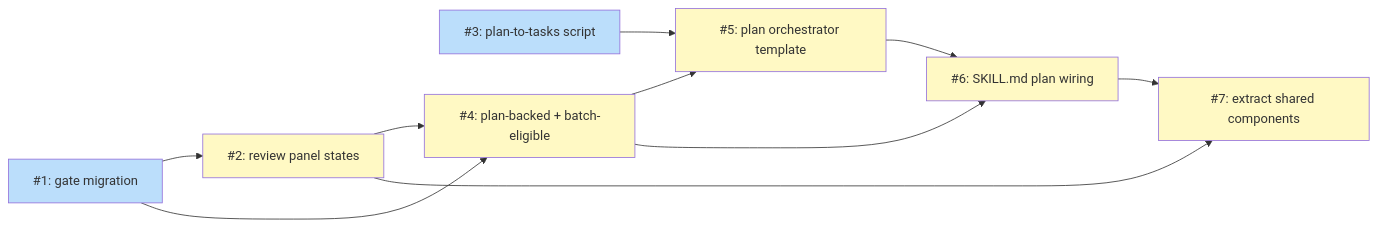
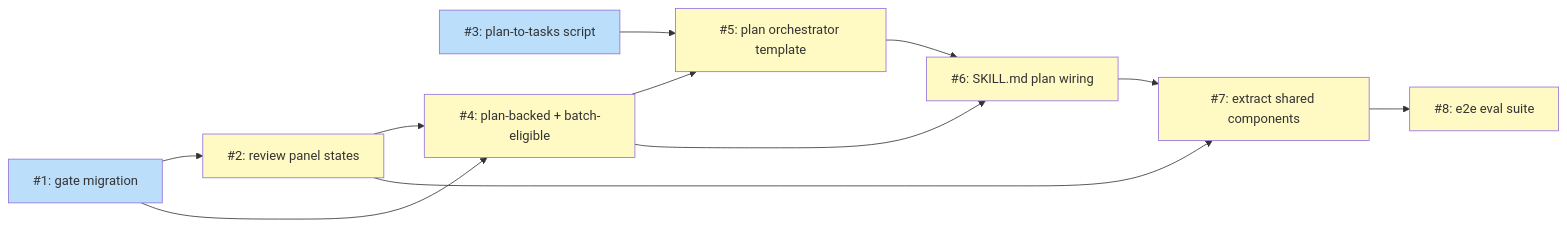
The diagram in docs/plans/PLAN-work-on-koto-unification.md (tsukumogami/shirabe), drawn with Mermaid before and after one commit. The commit also changed other lines of this file, not shown here.

First line of the commit message:
plan(work-on-koto-unification): add eval coverage and e2e test issue

````diff
--- a/docs/plans/PLAN-work-on-koto-unification.md
+++ b/docs/plans/PLAN-work-on-koto-unification.md
@@ -283,25 +382,27 @@
 ```mermaid
 graph LR
     I1["#1: gate migration"]
     I2["#2: review panel states"]
     I3["#3: plan-to-tasks script"]
     I4["#4: plan-backed + batch-eligible"]
     I5["#5: plan orchestrator template"]
     I6["#6: SKILL.md plan wiring"]
     I7["#7: extract shared components"]
+    I8["#8: e2e eval suite"]
 
     I1 --> I2
     I1 --> I4
     I2 --> I4
     I2 --> I7
     I3 --> I5
     I4 --> I5
     I4 --> I6
     I5 --> I6
     I6 --> I7
+    I7 --> I8
 
     classDef ready fill:#bbdefb
     classDef blocked fill:#fff9c4
     class I1,I3 ready
-    class I2,I4,I5,I6,I7 blocked
+    class I2,I4,I5,I6,I7,I8 blocked
 ```
````
